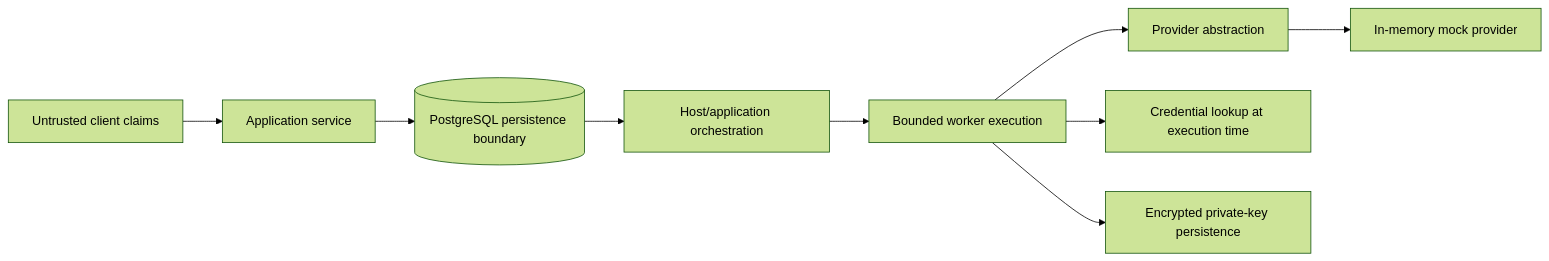
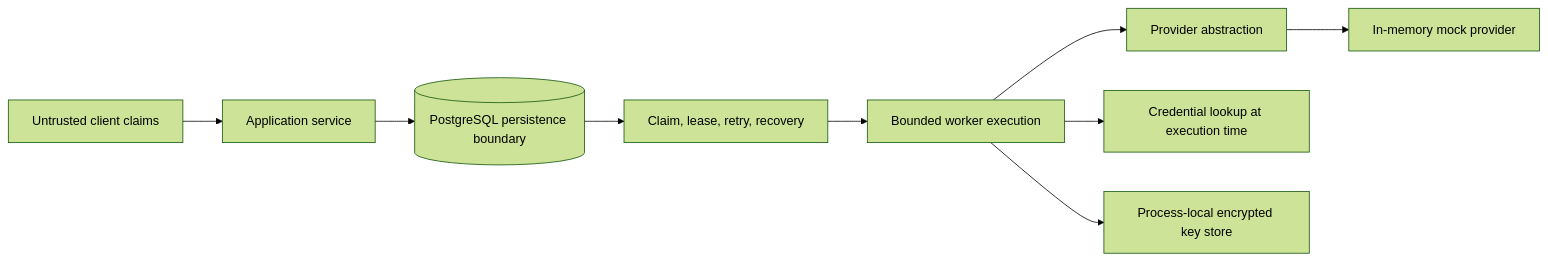
The diagram in docs/architecture.md (rnaefe/deysis-trust-boundaries), drawn with Mermaid (forest theme) before and after one commit. The commit also changed other lines of this file and 23 other files, not shown here.

````diff
--- a/docs/architecture.md
+++ b/docs/architecture.md
@@ -3,11 +3,11 @@
 ```mermaid
 flowchart LR
   Client[Untrusted client claims] --> Service[Application service]
   Service --> Queue[(PostgreSQL persistence boundary)]
-  Queue --> Orchestrator[Host/application orchestration]
+  Queue --> Orchestrator[Claim, lease, retry, recovery]
   Orchestrator --> Worker[Bounded worker execution]
   Worker --> Provider[Provider abstraction]
   Provider --> Mock[In-memory mock provider]
   Worker --> Secrets[Credential lookup at execution time]
-  Worker --> Keys[Encrypted private-key persistence]
+  Worker --> Keys[Process-local encrypted key store]
 ```
````
